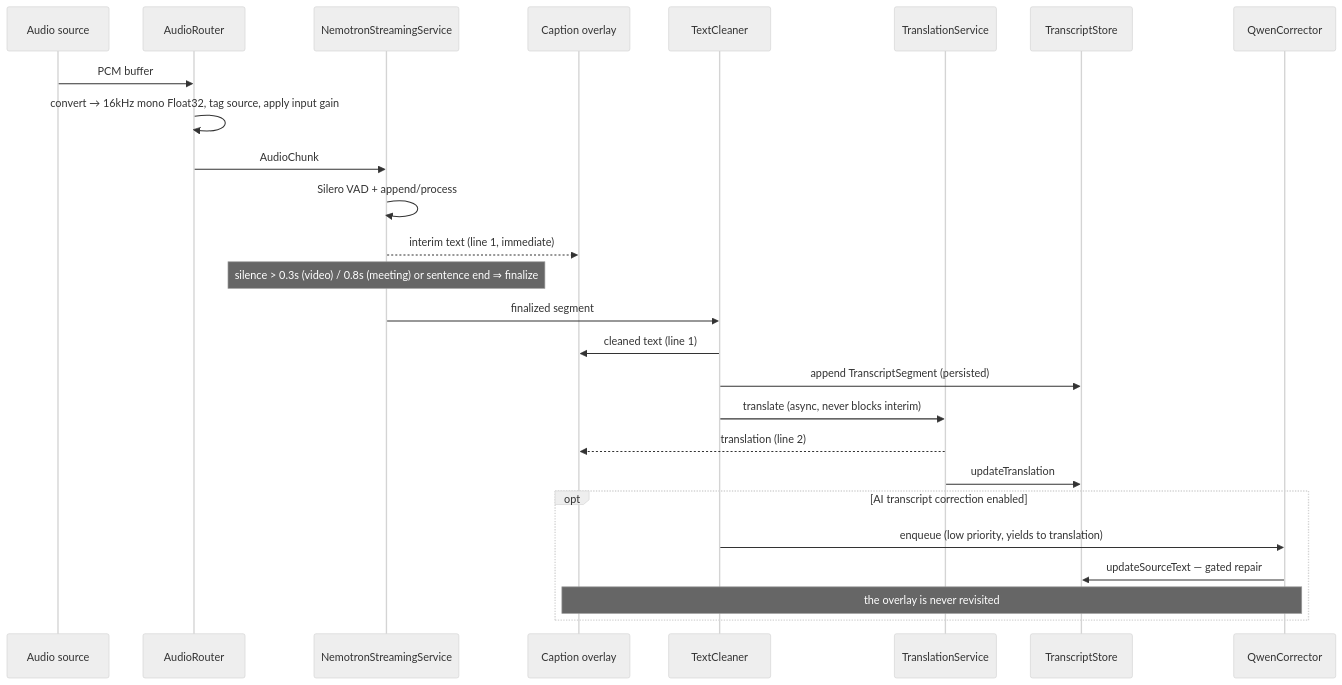
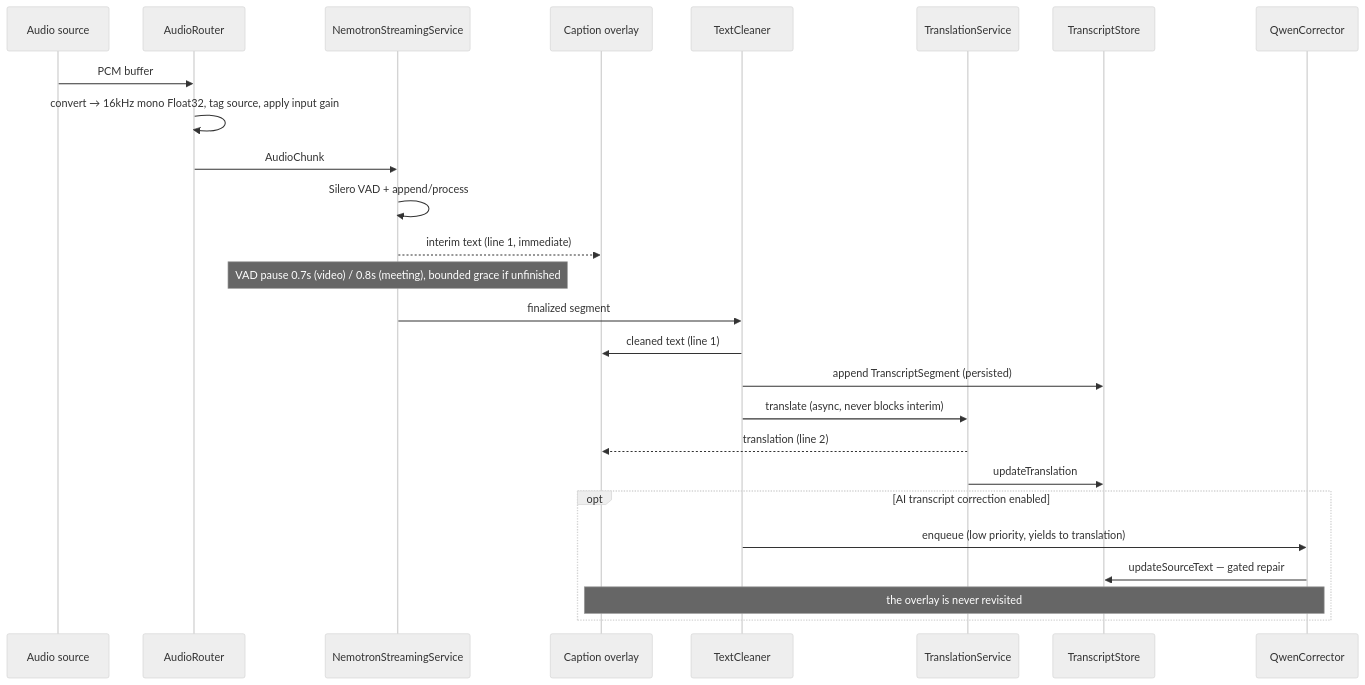
The second of 2 diagrams in README.md (huang422/EdgeAI-Flow-Translate), drawn with Mermaid (neutral theme) before and after one commit. The commit also changed other lines of this file and 79 other files, not shown here.

````diff
--- a/README.md
+++ b/README.md
@@ -303,29 +328,29 @@
 ```mermaid
 sequenceDiagram
     participant A as Audio source
     participant R as AudioRouter
     participant S as NemotronStreamingService
     participant O as Caption overlay
     participant C as TextCleaner
     participant T as TranslationService
     participant D as TranscriptStore
     participant G as QwenCorrector
 
     A->>R: PCM buffer
     R->>R: convert → 16kHz mono Float32, tag source, apply input gain
     R->>S: AudioChunk
     S->>S: Silero VAD + append/process
     S-->>O: interim text (line 1, immediate)
-    Note over S: silence > 0.3s (video) / 0.8s (meeting) or sentence end ⇒ finalize
+    Note over S: VAD pause 0.7s (video) / 0.8s (meeting), bounded grace if unfinished
     S->>C: finalized segment
     C->>O: cleaned text (line 1)
     C->>D: append TranscriptSegment (persisted)
     C->>T: translate (async, never blocks interim)
     T-->>O: translation (line 2)
     T->>D: updateTranslation
     opt AI transcript correction enabled
         C->>G: enqueue (low priority, yields to translation)
         G->>D: updateSourceText — gated repair
         Note over O,G: the overlay is never revisited
     end
 ```
````
